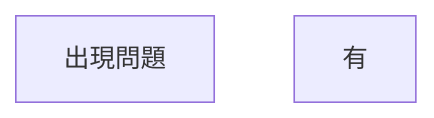
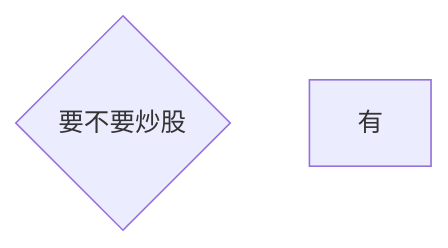
The diagram in 知識/程式語言/Mermaid/語法/流程圖/連結目錄/連結的長度.md (kuku0508/kuku_note_ver_2), drawn with Mermaid before and after one commit. The commit also changed 2 other files, not shown here.

Commit message:
vault backup: 2025-04-25 17:31:47

````diff
--- a/知識/程式語言/Mermaid/語法/流程圖/連結目錄/連結的長度.md
+++ b/知識/程式語言/Mermaid/語法/流程圖/連結目錄/連結的長度.md
@@ -2,5 +2,6 @@
 ```mermaid
 flowchart TD
-A[出現問題]
+A@{shape: diam, label: 要不要炒股}
+B[小賺]
 B[有]
 ```
````
